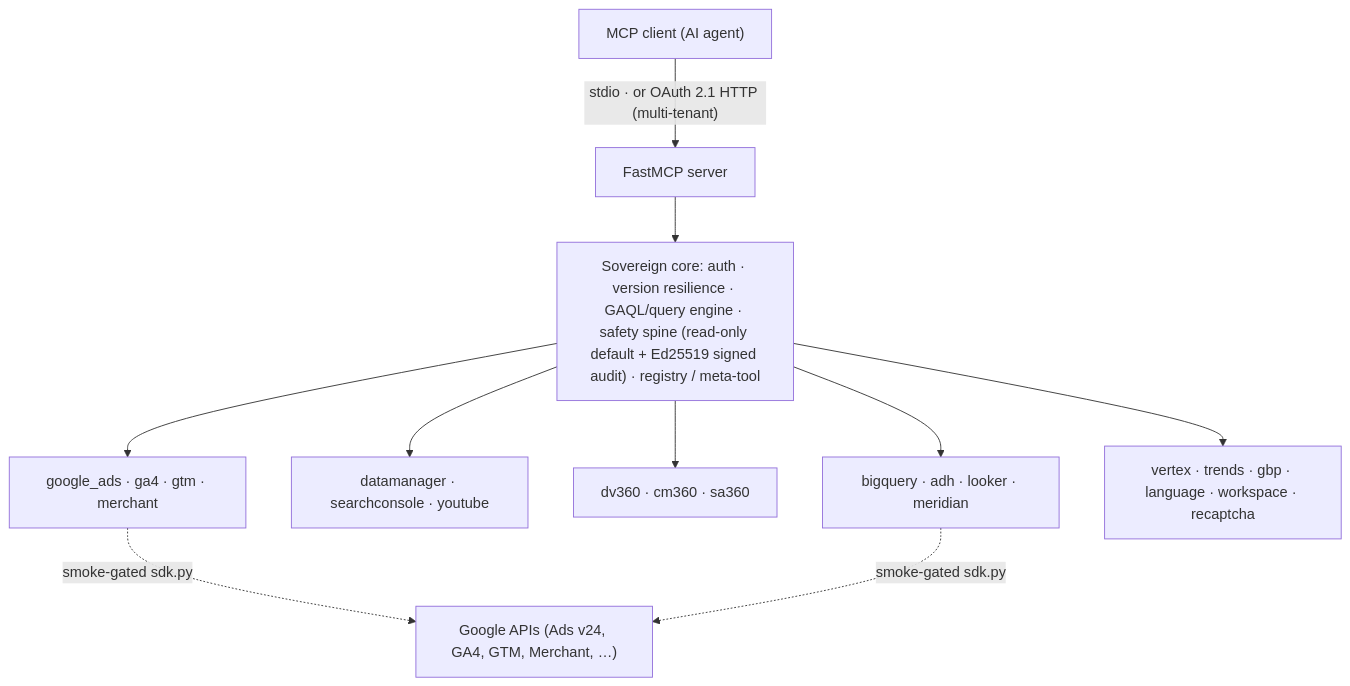
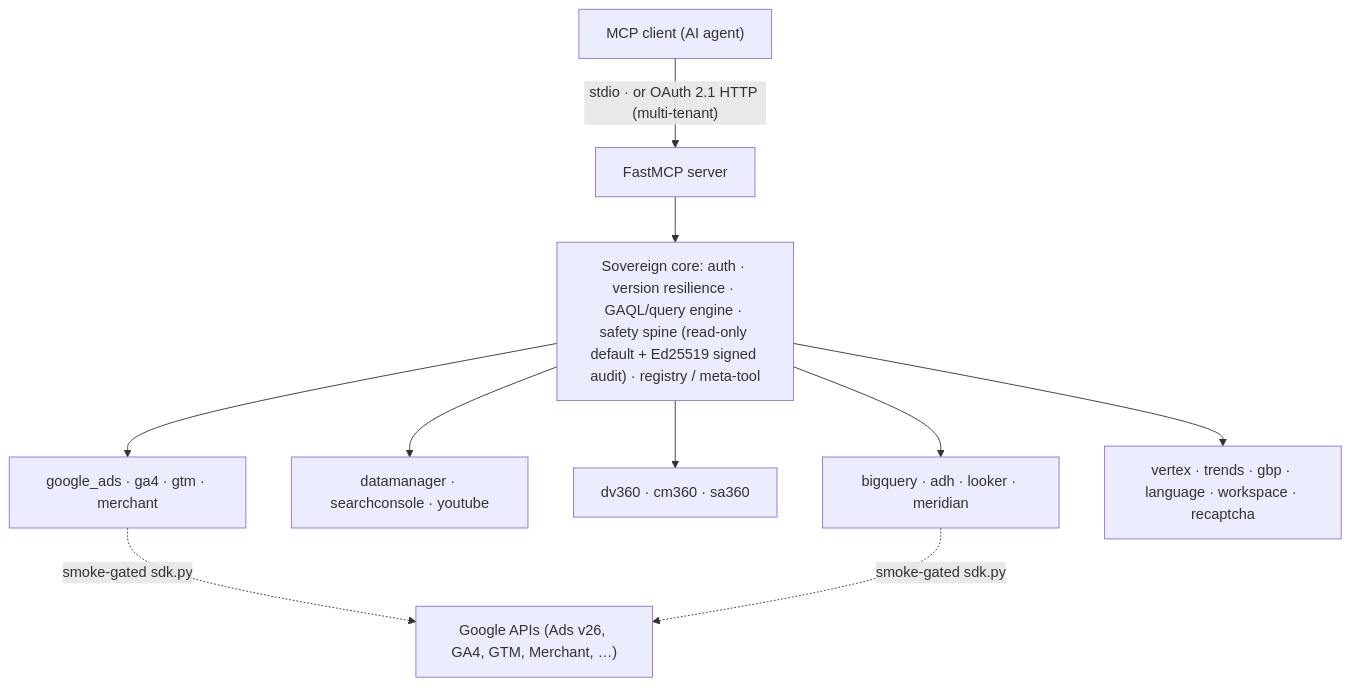
The diagram in README.md (Casius999/quantum-ads-mcp), drawn with Mermaid before and after one commit. The commit also changed other lines of this file and 3 other files, not shown here.

````diff
--- a/README.md
+++ b/README.md
@@ -42,12 +43,12 @@
 ```mermaid
 flowchart TD
     Client["MCP client (AI agent)"] -->|"stdio &middot; or OAuth 2.1 HTTP (multi-tenant)"| Server["FastMCP server"]
     Server --> Core["Sovereign core: auth &middot; version resilience &middot; GAQL/query engine &middot; safety spine (read-only default + Ed25519 signed audit) &middot; registry / meta-tool"]
     Core --> C1["google_ads &middot; ga4 &middot; gtm &middot; merchant"]
     Core --> C2["datamanager &middot; searchconsole &middot; youtube"]
     Core --> C3["dv360 &middot; cm360 &middot; sa360"]
     Core --> C4["bigquery &middot; adh &middot; looker &middot; meridian"]
     Core --> C5["vertex &middot; trends &middot; gbp &middot; language &middot; workspace &middot; recaptcha"]
-    C1 -. "smoke-gated sdk.py" .-> G["Google APIs (Ads v24, GA4, GTM, Merchant, &hellip;)"]
+    C1 -. "smoke-gated sdk.py" .-> G["Google APIs (Ads v26, GA4, GTM, Merchant, &hellip;)"]
     C4 -. "smoke-gated sdk.py" .-> G
 ```
````
